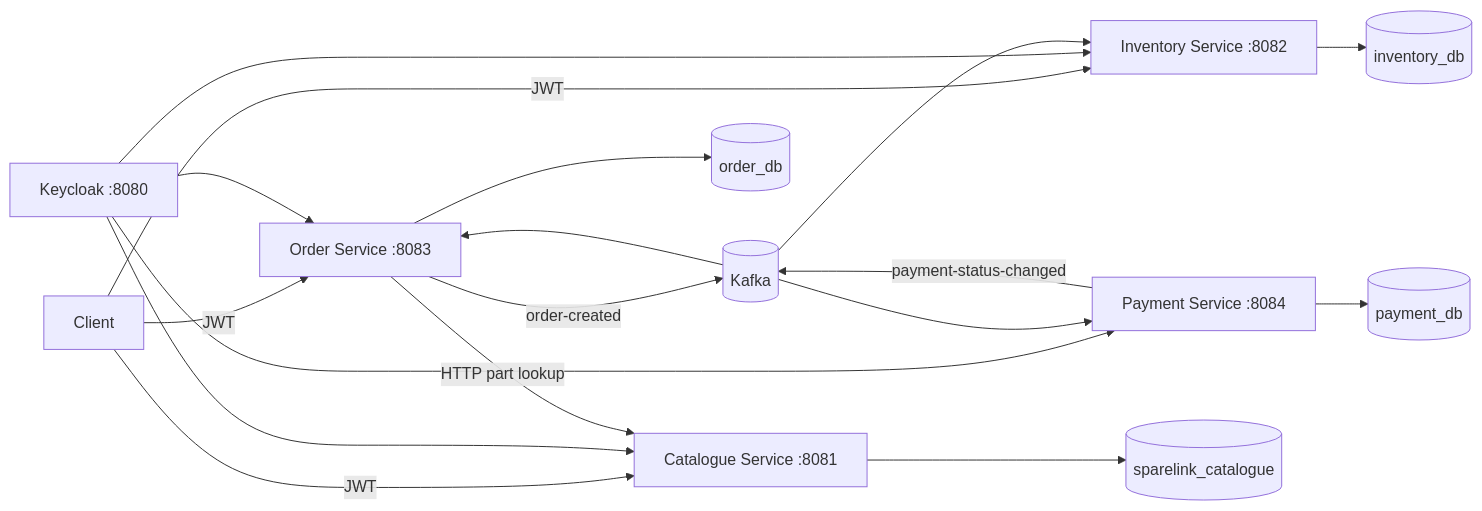
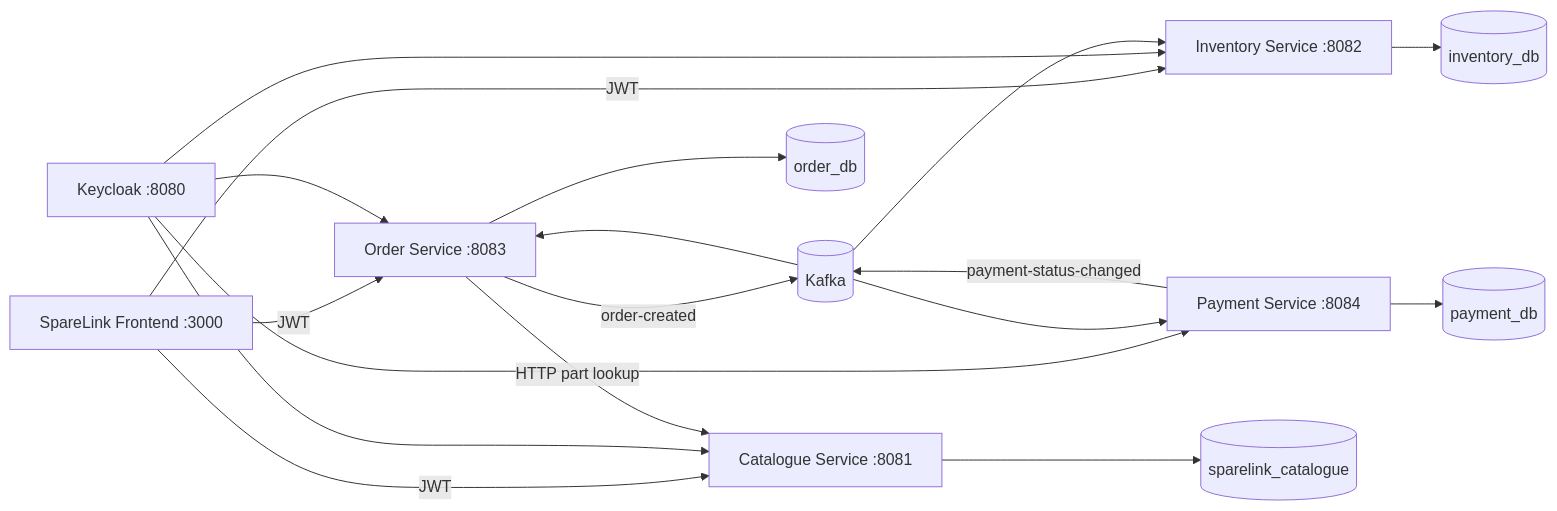
One commit to tadiwanashe-mashongwa/sparelink-platform changed the diagram in README.md. Above: the diagram before and after it, drawn with Mermaid. The commit also changed other lines of this file, not shown here.

Commit message:
docs: document frontend in platform guide

````diff
--- a/README.md
+++ b/README.md
@@ -7,20 +7,20 @@
 ```mermaid
 flowchart LR
-    Client -->|JWT| Order[Order Service :8083]
+    Client[SpareLink Frontend :3000] -->|JWT| Order[Order Service :8083]
     Client -->|JWT| Catalogue[Catalogue Service :8081]
     Client -->|JWT| Inventory[Inventory Service :8082]
     Keycloak[Keycloak :8080] --> Order
     Keycloak --> Catalogue
     Keycloak --> Inventory
     Keycloak --> Payment
     Order -->|HTTP part lookup| Catalogue
     Order -->|order-created| Kafka[(Kafka)]
     Kafka --> Inventory
     Kafka --> Payment[Payment Service :8084]
     Payment -->|payment-status-changed| Kafka
     Kafka --> Order
     Order --> OrderDb[(order_db)]
     Payment --> PaymentDb[(payment_db)]
     Catalogue --> CatalogueDb[(sparelink_catalogue)]
     Inventory --> InventoryDb[(inventory_db)]
 ```
````
